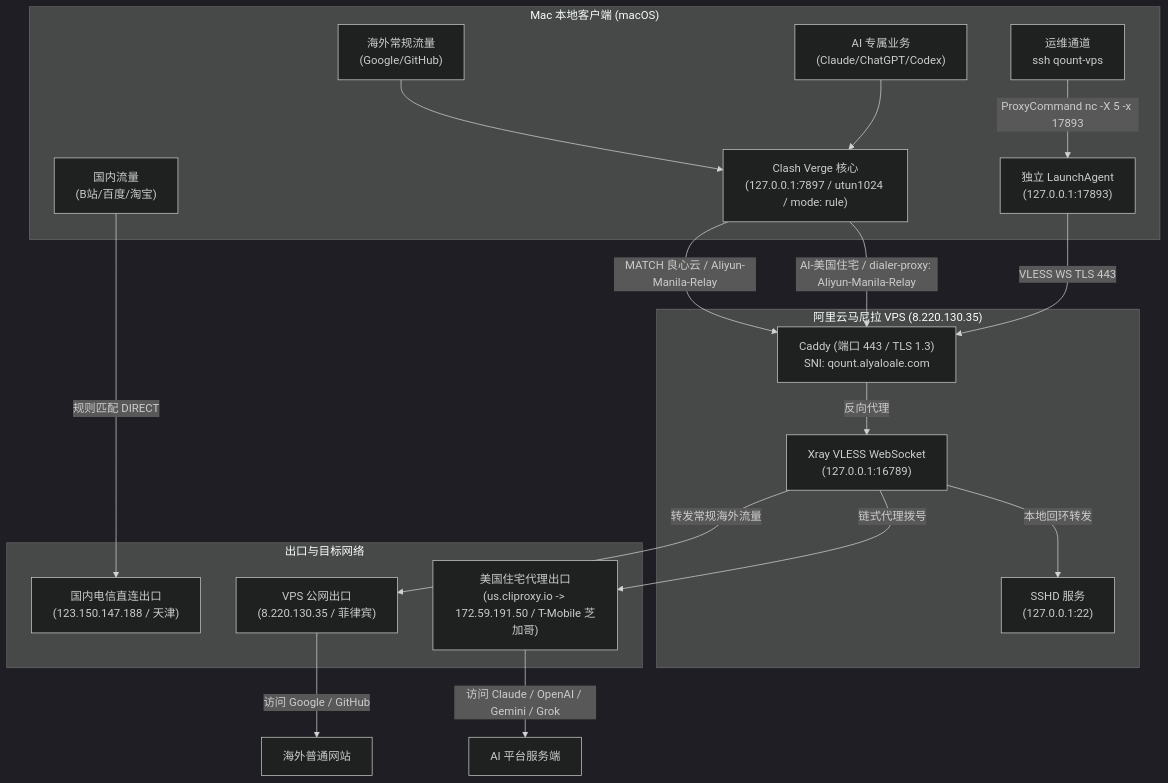
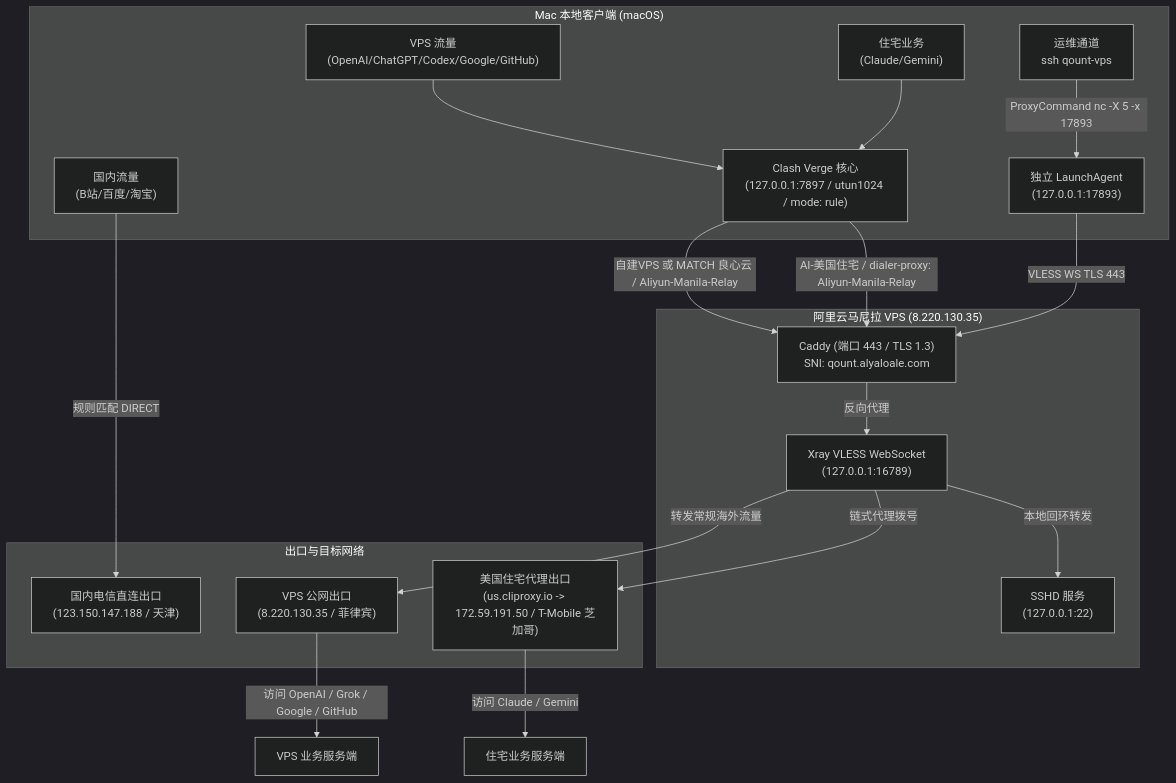
One commit to Alyaloale/qount changed the diagram in docs/operations/network-proxy-and-anti-ban-guide.md. Above: the diagram before and after it, drawn with Mermaid (dark theme). The commit also changed other lines of this file, not shown here.

````diff
--- a/docs/operations/network-proxy-and-anti-ban-guide.md
+++ b/docs/operations/network-proxy-and-anti-ban-guide.md
@@ -11,41 +11,41 @@
 ```mermaid
 flowchart TD
     subgraph Client["Mac 本地客户端 (macOS)"]
         DirectFlow["国内流量<br/>(B站/百度/淘宝)"]
-        NormalOverseas["海外常规流量<br/>(Google/GitHub)"]
-        AIFlow["AI 专属业务<br/>(Claude/ChatGPT/Codex)"]
+        NormalOverseas["VPS 流量<br/>(OpenAI/ChatGPT/Codex/Google/GitHub)"]
+        AIFlow["住宅业务<br/>(Claude/Gemini)"]
         DevSSH["运维通道<br/>ssh qount-vps"]
         
         ClashCore["Clash Verge 核心<br/>(127.0.0.1:7897 / utun1024 / mode: rule)"]
         SSHRelay["独立 LaunchAgent<br/>(127.0.0.1:17893)"]
     end
 
     subgraph VPS["阿里云马尼拉 VPS (8.220.130.35)"]
         Caddy443["Caddy (端口 443 / TLS 1.3)<br/>SNI: qount.alyaloale.com"]
         XrayLocal["Xray VLESS WebSocket<br/>(127.0.0.1:16789)"]
         SSHD["SSHD 服务<br/>(127.0.0.1:22)"]
     end
 
     subgraph Exits["出口与目标网络"]
         ChinaDirect["国内电信直连出口<br/>(123.150.147.188 / 天津)"]
         ManilaExit["VPS 公网出口<br/>(8.220.130.35 / 菲律宾)"]
         USResidential["美国住宅代理出口<br/>(us.cliproxy.io -> 172.59.191.50 / T-Mobile 芝加哥)"]
     end
 
     DirectFlow -->|规则匹配 DIRECT| ChinaDirect
     NormalOverseas --> ClashCore
-    ClashCore -->|MATCH 良心云 / Aliyun-Manila-Relay| Caddy443
+    ClashCore -->|自建VPS 或 MATCH 良心云 / Aliyun-Manila-Relay| Caddy443
     AIFlow --> ClashCore
     ClashCore -->|AI-美国住宅 / dialer-proxy: Aliyun-Manila-Relay| Caddy443
 
     DevSSH -->|ProxyCommand nc -X 5 -x 17893| SSHRelay
     SSHRelay -->|VLESS WS TLS 443| Caddy443
 
     Caddy443 -->|反向代理| XrayLocal
     XrayLocal -->|转发常规海外流量| ManilaExit
     XrayLocal -->|链式代理拨号| USResidential
     XrayLocal -->|本地回环转发| SSHD
 
-    USResidential -->|访问 Claude / OpenAI / Gemini / Grok| TargetAI["AI 平台服务端"]
-    ManilaExit -->|访问 Google / GitHub| TargetOverseas["海外普通网站"]
+    USResidential -->|访问 Claude / Gemini| TargetAI["住宅业务服务端"]
+    ManilaExit -->|访问 OpenAI / Grok / Google / GitHub| TargetOverseas["VPS 业务服务端"]
 ```
````
